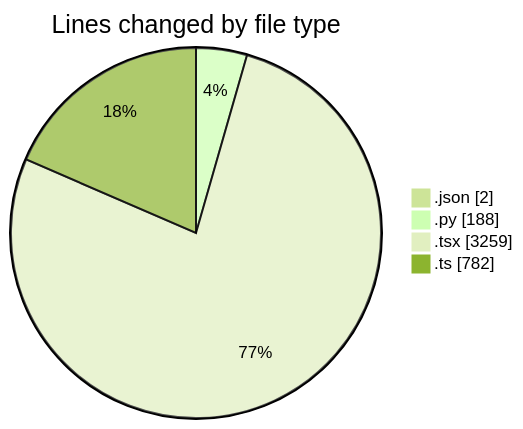
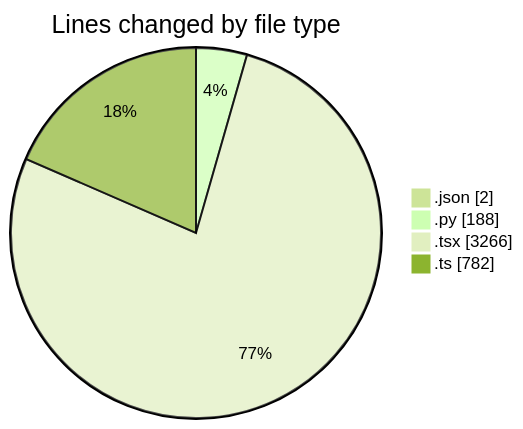
Before and after one commit to julien-gomy/code-tracking: the first of 2 diagrams in 2025-10-06/eventscop-frontend-guide__workspace_/README.md, drawn with Mermaid (forest theme). The commit also changed other lines of this file and 1 other file, not shown here.

````diff
--- a/2025-10-06/eventscop-frontend-guide__workspace_/README.md
+++ b/2025-10-06/eventscop-frontend-guide__workspace_/README.md
@@ -47,8 +47,8 @@
 ```mermaid
 pie showData
 title Lines changed by file type
 ".json" : 2
 ".py" : 188
-".tsx" : 3259
+".tsx" : 3266
 ".ts" : 782
 ```
````
